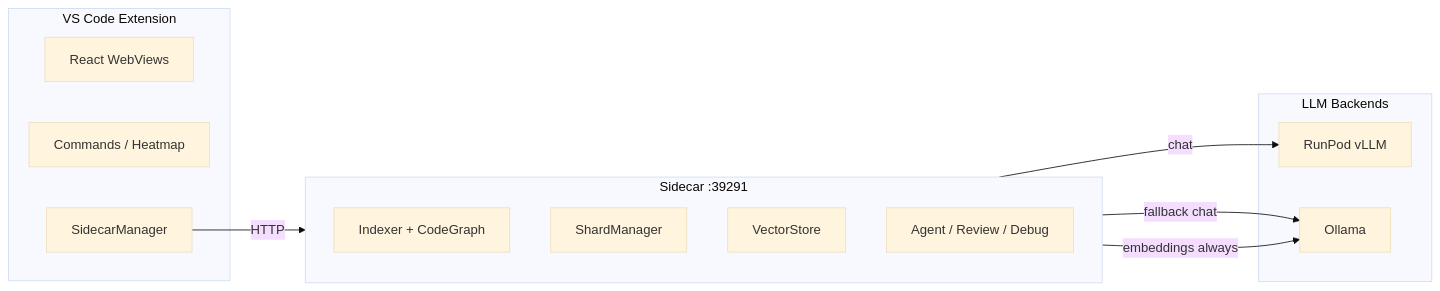
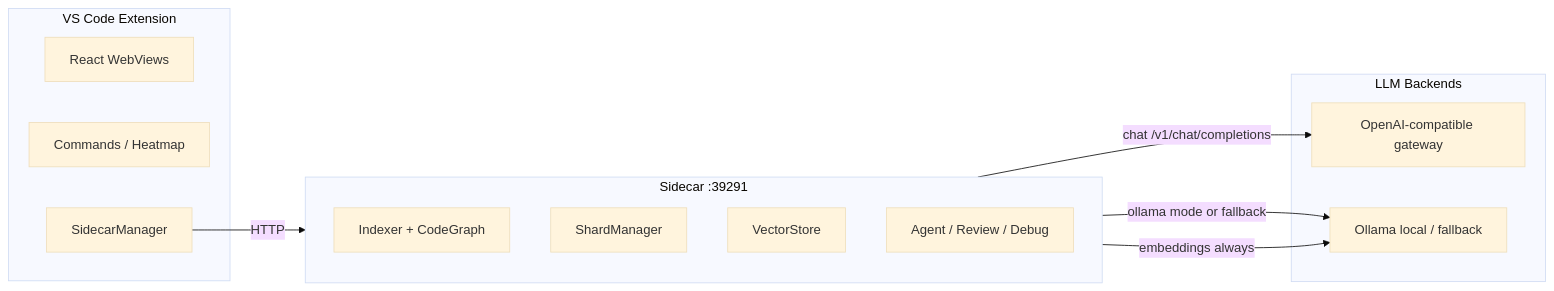
One commit to ShahjahanAli/neurocode changed the diagram in README.md. Above: the diagram before and after it, drawn with Mermaid (base theme). The commit also changed other lines of this file and 37 other files, not shown here.

````diff
--- a/README.md
+++ b/README.md
@@ -58,25 +65,25 @@
 ```mermaid
 flowchart LR
   subgraph vscode [VS Code Extension]
     UI[React WebViews]
     CMD[Commands / Heatmap]
     SCM[SidecarManager]
   end
 
   subgraph sidecar [Sidecar :39291]
     IDX[Indexer + CodeGraph]
     SH[ShardManager]
     VEC[VectorStore]
     AGT[Agent / Review / Debug]
   end
 
   subgraph llm [LLM Backends]
-    RP[RunPod vLLM]
-    OL[Ollama]
+    GW[OpenAI-compatible gateway]
+    OL[Ollama local / fallback]
   end
 
   SCM -->|HTTP| sidecar
-  sidecar -->|chat| RP
-  sidecar -->|fallback chat| OL
+  sidecar -->|chat /v1/chat/completions| GW
+  sidecar -->|ollama mode or fallback| OL
   sidecar -->|embeddings always| OL
 ```
````
